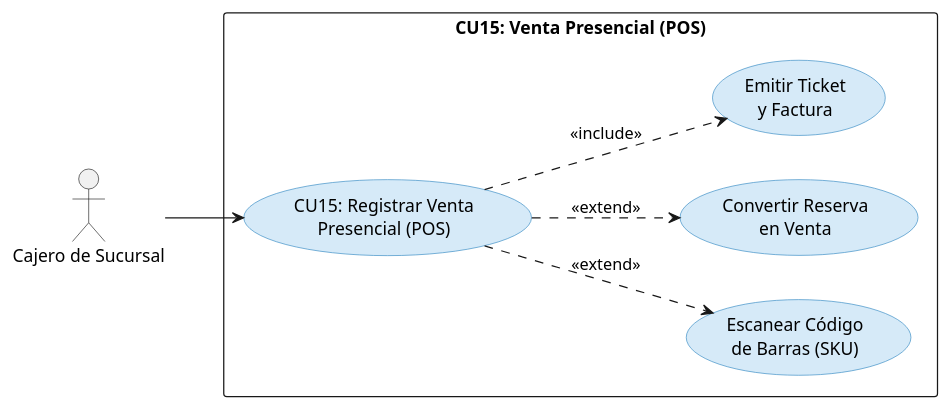
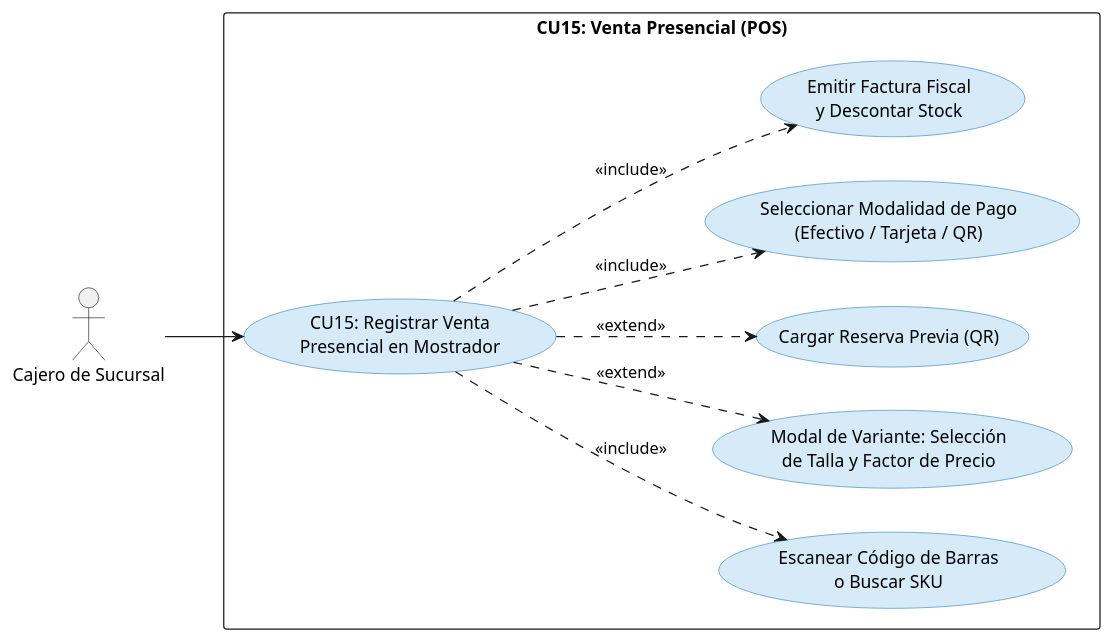
One commit to INGvainilla/1erParcial changed the fifth of 9 diagrams in DOCUMENTACION2/ciclo2.md. Above: the diagram before and after it, drawn with PlantUML. The commit also changed other lines of this file and 60 other files, not shown here.

````diff
--- a/DOCUMENTACION2/ciclo2.md
+++ b/DOCUMENTACION2/ciclo2.md
@@ -212,23 +272,27 @@
 ```plantuml
 @startuml CU15_Venta_POS
 left to right direction
 skinparam usecase {
   BackgroundColor #D6EAF8
   BorderColor #2E86C1
 }
 
 actor "Cajero de Sucursal" as Cajero
 
 rectangle "CU15: Venta Presencial (POS)" {
-  usecase "CU15: Registrar Venta\nPresencial (POS)" as CU15
-  usecase "Escanear Código\nde Barras (SKU)" as UC_Escanear
-  usecase "Convertir Reserva\nen Venta" as UC_Convertir
-  usecase "Emitir Ticket\ny Factura" as UC_Emitir
+  usecase "CU15: Registrar Venta\nPresencial en Mostrador" as CU15
+  usecase "Escanear Código de Barras\no Buscar SKU" as UC_Escanear
+  usecase "Modal de Variante: Selección\nde Talla y Factor de Precio" as UC_Variante
+  usecase "Cargar Reserva Previa (QR)" as UC_Reserva
+  usecase "Seleccionar Modalidad de Pago\n(Efectivo / Tarjeta / QR)" as UC_Pago
+  usecase "Emitir Factura Fiscal\ny Descontar Stock" as UC_Emitir
 }
 
 Cajero --> CU15
-CU15 ..> UC_Escanear : <<extend>>
-CU15 ..> UC_Convertir : <<extend>>
+CU15 ..> UC_Escanear : <<include>>
+CU15 ..> UC_Variante : <<extend>>
+CU15 ..> UC_Reserva : <<extend>>
+CU15 ..> UC_Pago : <<include>>
 CU15 ..> UC_Emitir : <<include>>
 @enduml
 ```
````
